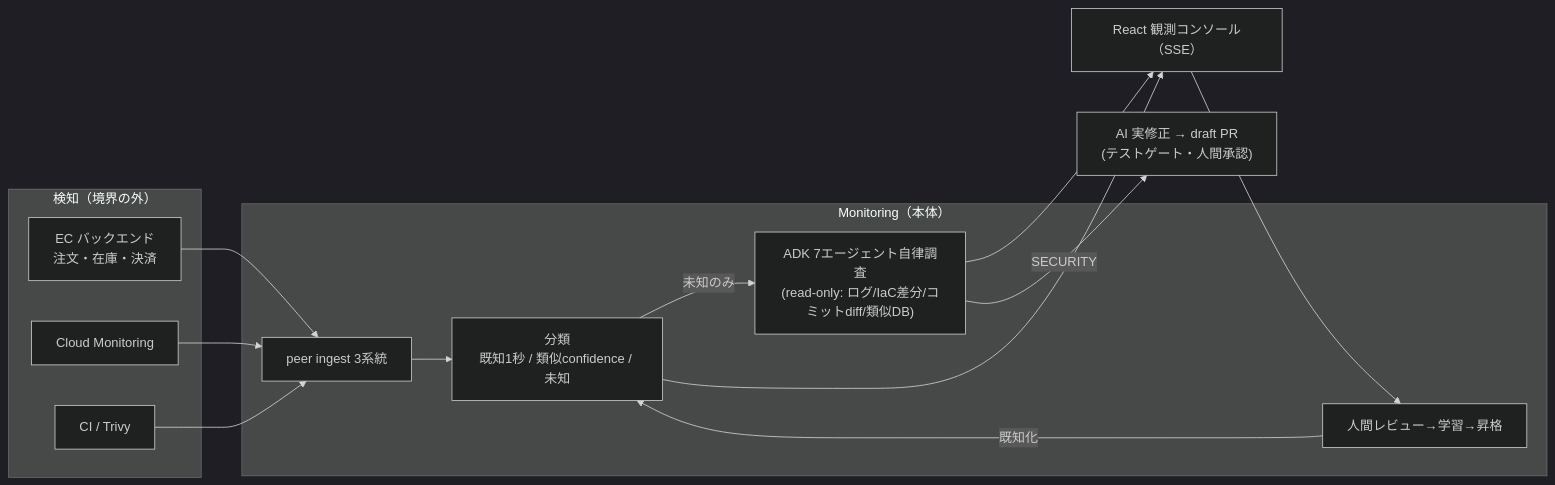
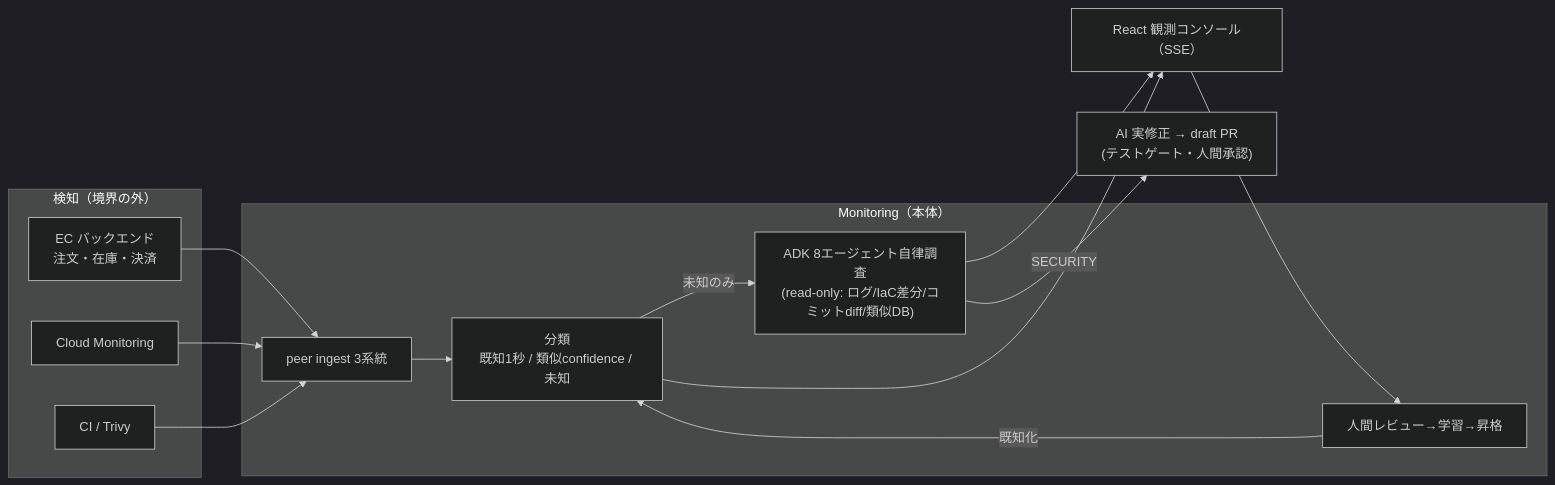
The diagram in README.md (nagoyamanaka/ec-monitoring-agent), drawn with Mermaid (dark theme) before and after one commit. The commit also changed other lines of this file and 16 other files, not shown here.

````diff
--- a/README.md
+++ b/README.md
@@ -19,21 +19,21 @@
 ```mermaid
 flowchart LR
   subgraph detect["検知（境界の外）"]
     EC["EC バックエンド<br/>注文・在庫・決済"]
     CM["Cloud Monitoring"]
     CI["CI / Trivy"]
   end
   subgraph mon["Monitoring（本体）"]
     ING["peer ingest 3系統"]
     CLS["分類<br/>既知1秒 / 類似confidence / 未知"]
-    ADK["ADK 7エージェント自律調査<br/>(read-only: ログ/IaC差分/コミットdiff/類似DB)"]
+    ADK["ADK 8エージェント自律調査<br/>(read-only: ログ/IaC差分/コミットdiff/類似DB)"]
     FB["人間レビュー→学習→昇格"]
   end
   UI["React 観測コンソール（SSE）"]
   REM["AI 実修正 → draft PR<br/>(テストゲート・人間承認)"]
 
   EC & CM & CI --> ING --> CLS
   CLS -->|未知のみ| ADK --> UI
   CLS --> UI --> FB -->|既知化| CLS
   ADK -->|SECURITY| REM
 ```
````
